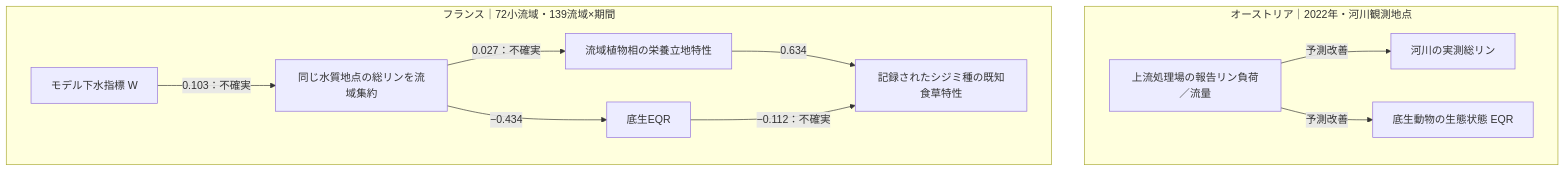
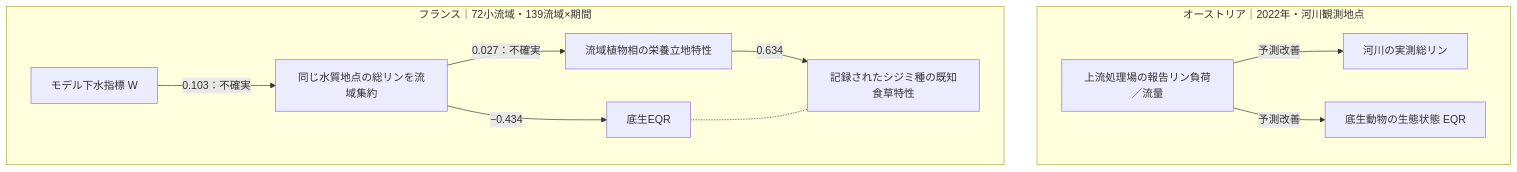
The first of 2 diagrams in docs/manuscript_riparian_interactions/README.md (zuizui0223/gesui), drawn with Mermaid before and after one commit. The commit also changed other lines of this file, not shown here.

````diff
--- a/docs/manuscript_riparian_interactions/README.md
+++ b/docs/manuscript_riparian_interactions/README.md
@@ -11,14 +13,14 @@
 ```mermaid
 flowchart TB
   subgraph AT["オーストリア｜2022年・河川観測地点"]
     A["上流処理場の報告リン負荷／流量"] -->|"予測改善"| B["河川の実測総リン"]
     A -->|"予測改善"| C["底生動物の生態状態 EQR"]
   end
   subgraph FR["フランス｜72小流域・139流域×期間"]
     W["モデル下水指標 W"] -->|"0.103：不確実"| T["同じ水質地点の総リンを流域集約"]
     T -->|"−0.434"| E["底生EQR"]
     T -->|"0.027：不確実"| P["流域植物相の栄養立地特性"]
     P -->|"0.634"| H["記録されたシジミ種の既知食草特性"]
-    E -->|"−0.112：不確実"| H
+    E -.- H
   end
 ```
````
